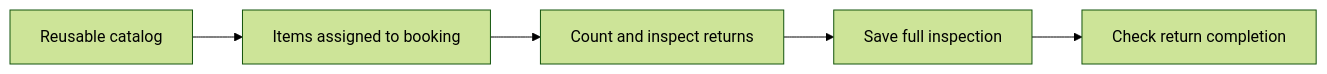
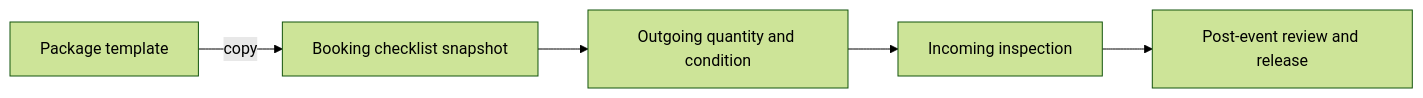
The diagram in Understand the System/System Understanding/Workflows/Equipment Release and Return.md (danielaplan/Rental-Ops-Manager), drawn with Mermaid (forest theme) before and after one commit. The commit also changed other lines of this file and 96 other files, not shown here.

````diff
--- a/Understand the System/System Understanding/Workflows/Equipment Release and Return.md
+++ b/Understand the System/System Understanding/Workflows/Equipment Release and Return.md
@@ -27,7 +41,7 @@
 ```mermaid
 flowchart LR
-    A[Reusable catalog] --> B[Items assigned to booking]
-    B --> C[Count and inspect returns]
-    C --> D[Save full inspection]
-    D --> E[Check return completion]
+  T[Package template] -->|copy| B[Booking checklist snapshot]
+  B --> O[Outgoing quantity and condition]
+  O --> I[Incoming inspection]
+  I --> R[Post-event review and release]
 ```
````
